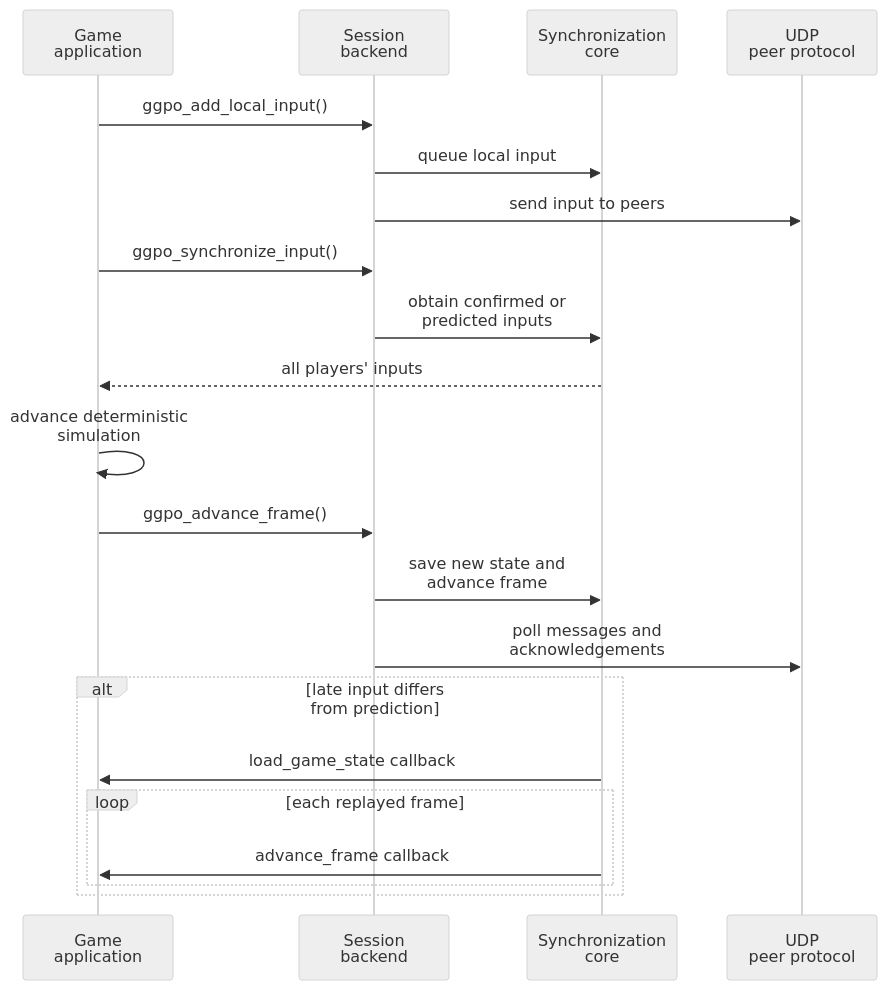
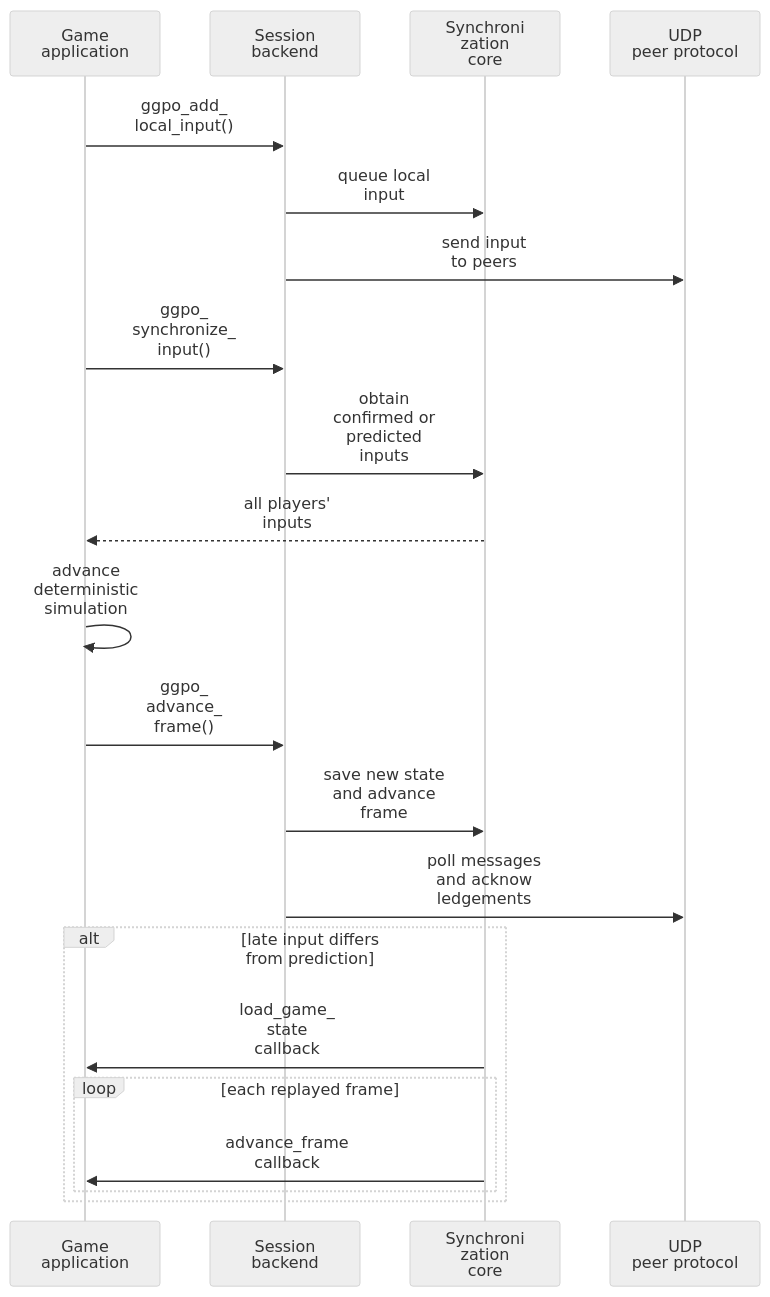
The second of 2 diagrams in doc/architecture/Overview.md (irregularthanis/ggpo-next), drawn with Mermaid (neutral theme) before and after one commit. The commit also changed other lines of this file and 8 other files, not shown here.

Commit message:
docs: tighten all architecture diagram wrapping

````diff
--- a/doc/architecture/Overview.md
+++ b/doc/architecture/Overview.md
@@ -85,24 +85,24 @@
 ```mermaid
 sequenceDiagram
     participant App as Game<br/>application
     participant GGPO as Session<br/>backend
-    participant Sync as Synchronization<br/>core
+    participant Sync as Synchroni<br/>zation<br/>core
     participant Net as UDP<br/>peer protocol
 
-    App->>GGPO: ggpo_add_local_input()
-    GGPO->>Sync: queue local input
-    GGPO->>Net: send input to peers
-    App->>GGPO: ggpo_synchronize_input()
-    GGPO->>Sync: obtain confirmed or<br/>predicted inputs
-    Sync-->>App: all players' inputs
-    App->>App: advance deterministic<br/>simulation
-    App->>GGPO: ggpo_advance_frame()
-    GGPO->>Sync: save new state and<br/>advance frame
-    GGPO->>Net: poll messages and<br/>acknowledgements
+    App->>GGPO: ggpo_add_<br/>local_input()
+    GGPO->>Sync: queue local<br/>input
+    GGPO->>Net: send input<br/>to peers
+    App->>GGPO: ggpo_<br/>synchronize_<br/>input()
+    GGPO->>Sync: obtain<br/>confirmed or<br/>predicted<br/>inputs
+    Sync-->>App: all players'<br/>inputs
+    App->>App: advance<br/>deterministic<br/>simulation
+    App->>GGPO: ggpo_<br/>advance_<br/>frame()
+    GGPO->>Sync: save new state<br/>and advance<br/>frame
+    GGPO->>Net: poll messages<br/>and acknow<br/>ledgements
     alt late input differs<br/>from prediction
-        Sync->>App: load_game_state callback
+        Sync->>App: load_game_<br/>state<br/>callback
         loop each replayed frame
-            Sync->>App: advance_frame callback
+            Sync->>App: advance_frame<br/>callback
         end
     end
 ```
````
